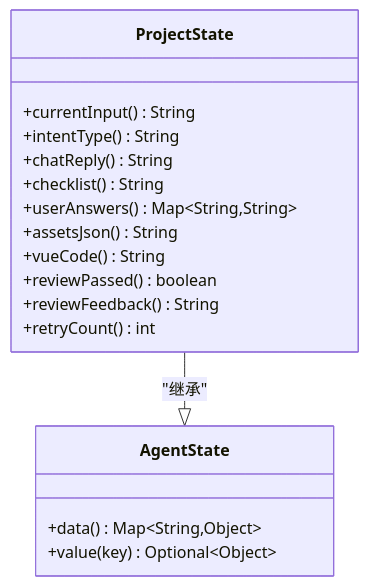
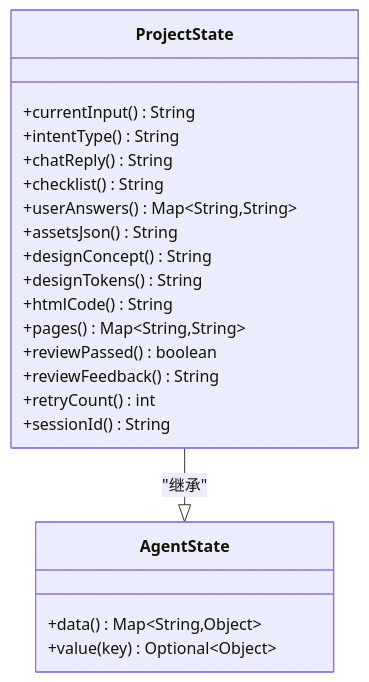
Before and after one commit to CyanYuKi/WebSiteFrontendCodeMother: the third of 7 diagrams in .qoder/repowiki/zh/content/AI工作流系统/工作流引擎核心/项目状态管理.md, drawn with Mermaid. The commit also changed other lines of this file and 12 other files, not shown here.

````diff
--- a/.qoder/repowiki/zh/content/AI工作流系统/工作流引擎核心/项目状态管理.md
+++ b/.qoder/repowiki/zh/content/AI工作流系统/工作流引擎核心/项目状态管理.md
@@ -247,20 +285,24 @@
 ```mermaid
 classDiagram
 class ProjectState {
 +currentInput() String
 +intentType() String
 +chatReply() String
 +checklist() String
 +userAnswers() Map~String,String~
 +assetsJson() String
-+vueCode() String
++designConcept() String
++designTokens() String
++htmlCode() String
++pages() Map~String,String~
 +reviewPassed() boolean
 +reviewFeedback() String
 +retryCount() int
++sessionId() String
 }
 class AgentState {
 +data() Map~String,Object~
 +value(key) Optional~Object~
 }
 ProjectState --|> AgentState : "继承"
 ```
````
